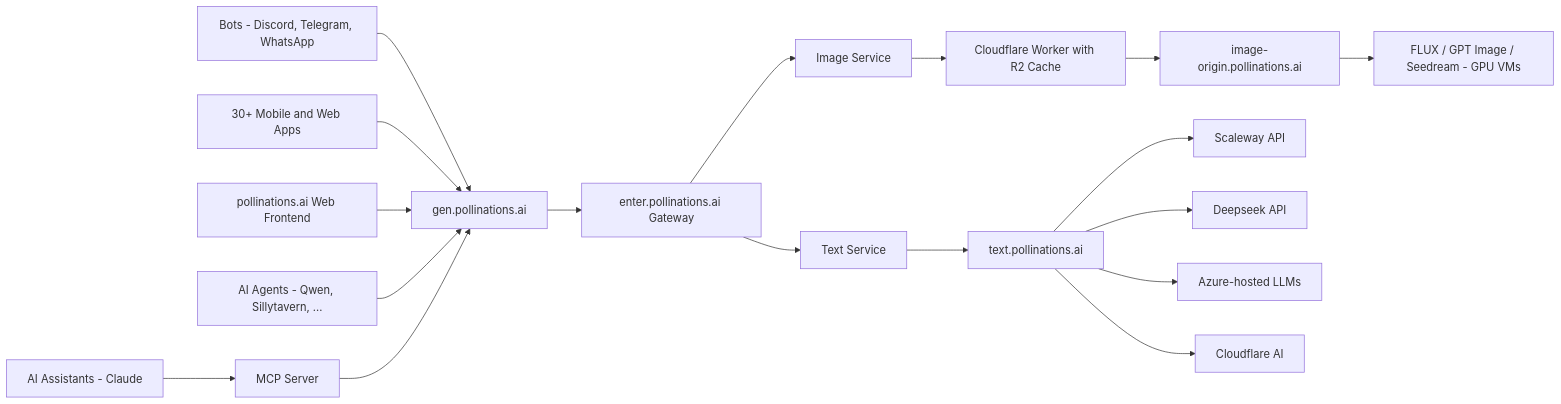
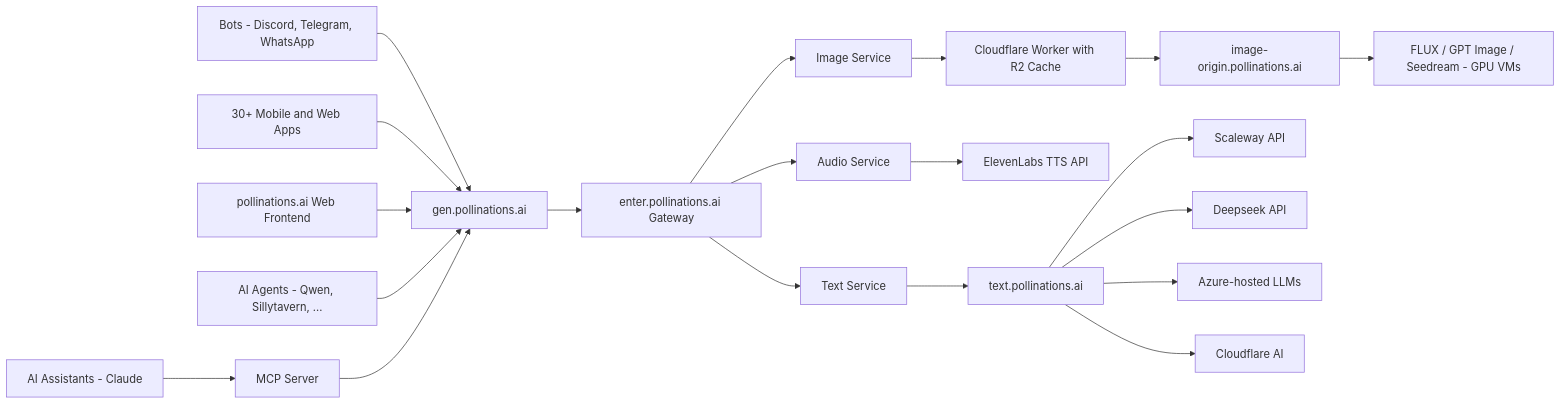
One commit to pollinations/pollinations changed the diagram in README.md. Above: the diagram before and after it, drawn with Mermaid. The commit also changed other lines of this file, not shown here.

Commit message:
docs: add TTS endpoint to README quickstart and architecture

````diff
--- a/README.md
+++ b/README.md
@@ -259,24 +265,27 @@
 ```mermaid
 graph LR
     Q[Bots - Discord, Telegram, WhatsApp] --> GEN
     N[30+ Mobile and Web Apps] --> GEN
     A[pollinations.ai Web Frontend] --> GEN
     R[AI Agents - Qwen, Sillytavern, ...] --> GEN
     AI[AI Assistants - Claude] --> MCP[MCP Server]
     MCP --> GEN
 
     GEN[gen.pollinations.ai] --> ENTER[enter.pollinations.ai Gateway]
 
     ENTER --> IMG[Image Service]
     ENTER --> TXT[Text Service]
+    ENTER --> AUD[Audio Service]
 
     IMG --> CF[Cloudflare Worker with R2 Cache]
     CF --> B[image-origin.pollinations.ai]
     B --> D[FLUX / GPT Image / Seedream - GPU VMs]
+
+    AUD --> EL[ElevenLabs TTS API]
 
     TXT --> C[text.pollinations.ai]
     C --> SC[Scaleway API]
     C --> DS[Deepseek API]
     C --> G[Azure-hosted LLMs]
     C --> CFM[Cloudflare AI]
 ```
````
